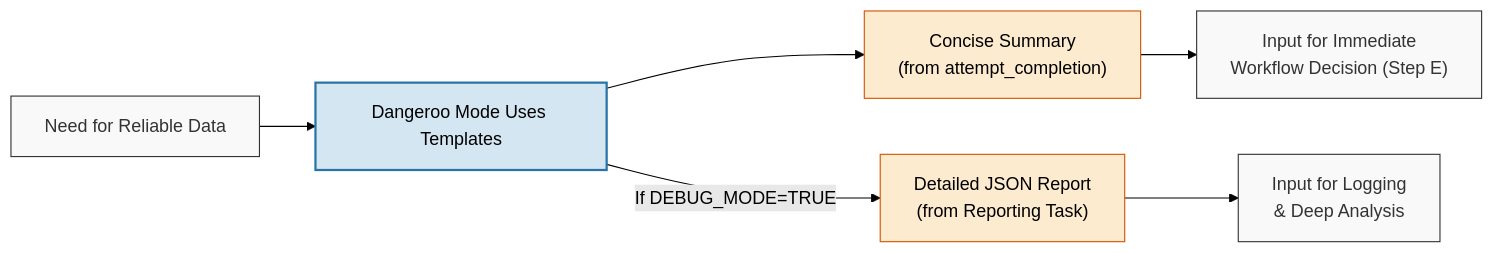
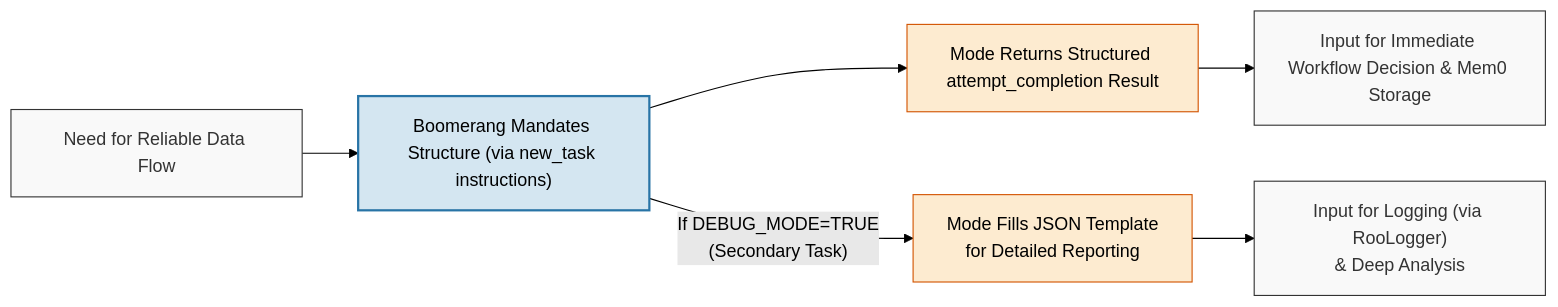
Diagram 11 of 11 in README.md (darrynv/dangeroo), drawn with Mermaid (forest theme) before and after one commit. The commit also changed other lines of this file and 31 other files, not shown here.

````diff
--- a/README.md
+++ b/README.md
@@ -454,18 +501,18 @@
     ```mermaid
     flowchart LR
-        A["Need for Reliable Data"] --> B["Dangeroo Mode Uses Templates"]
+        A["Need for Reliable Data Flow"] --> B["Boomerang Mandates Structure (via new_task instructions)"]
 
-        B --> C["Concise Summary\n(from attempt_completion)"]
-        B --"If DEBUG_MODE=TRUE"--> D["Detailed JSON Report\n(from Reporting Task)"]
+        B --> C["Mode Returns Structured attempt_completion Result"]
+        B --"If DEBUG_MODE=TRUE\n(Secondary Task)"--> D["Mode Fills JSON Template\nfor Detailed Reporting"]
 
 
-        C --> F["Input for Immediate\nWorkflow Decision (Step E)"]
-        D --> G["Input for Logging\n& Deep Analysis"]
+        C --> F["Input for Immediate Workflow Decision & Mem0 Storage"]
+        D --> G["Input for Logging (via RooLogger)\n& Deep Analysis"]
 
         classDef default fill:#f9f9f9,stroke:#333,stroke-width:1px,color:#333
         classDef focus fill:#d4e6f1,stroke:#2874a6,stroke-width:2px,color:#000
         classDef format fill:#fdebd0,stroke:#d35400,stroke-width:1px,color:#000
 
         class B focus
         class C,D format
     ```
````
